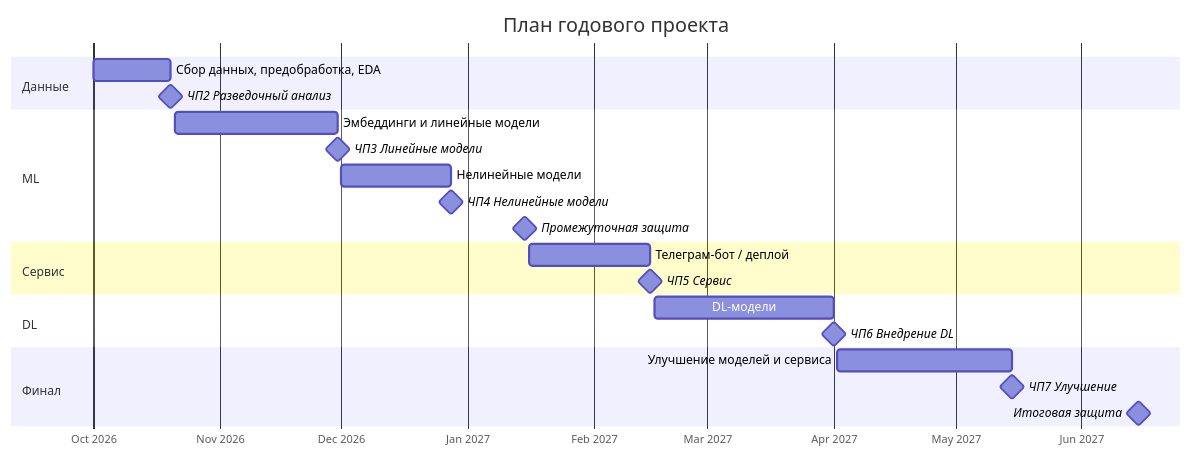
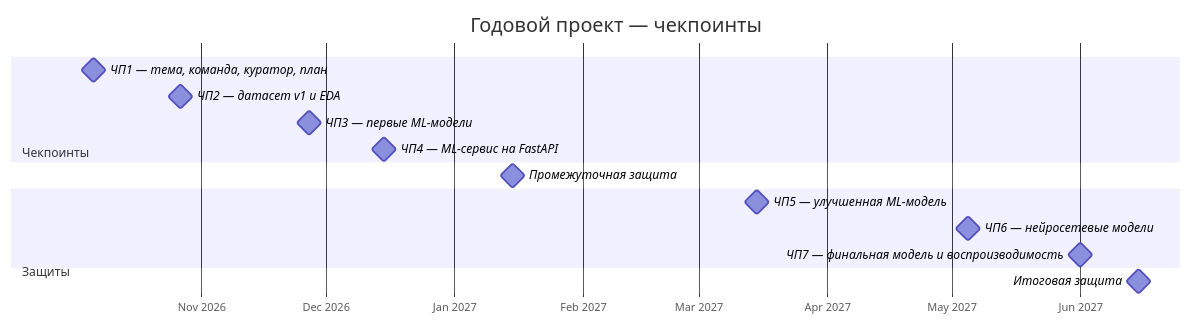
Before and after one commit to fffedosofff/ai_yearproject26-27_futuresprediction: the diagram in README.md, drawn with Mermaid. The commit also changed other lines of this file, not shown here.

First line of the commit message:
[add] отредактировал основной план работы согласованный с куратором.

````diff
--- a/README.md
+++ b/README.md
@@ -63,26 +81,23 @@
 ```mermaid
 gantt
-    title План годового проекта
+    title Годовой проект — чекпоинты
     dateFormat  YYYY-MM-DD
     axisFormat  %b %Y
 
-    section Данные
-    Сбор данных, предобработка, EDA   :a1, 2026-10-01, 2026-10-20
-    ЧП2 Разведочный анализ            :milestone, m2, 2026-10-20, 0d
-    section ML
-    Эмбеддинги и линейные модели      :b1, 2026-10-21, 2026-11-30
-    ЧП3 Линейные модели               :milestone, m3, 2026-11-30, 0d
-    Нелинейные модели                 :b2, 2026-12-01, 2026-12-28
-    ЧП4 Нелинейные модели             :milestone, m4, 2026-12-28, 0d
-    Промежуточная защита              :milestone, pd, 2027-01-15, 0d
-    section Сервис
-    Телеграм-бот / деплой             :c1, 2027-01-16, 2027-02-15
-    ЧП5 Сервис                        :milestone, m5, 2027-02-15, 0d
-    section DL
-    DL-модели                         :d1, 2027-02-16, 2027-04-01
-    ЧП6 Внедрение DL                  :milestone, m6, 2027-04-01, 0d
-    section Финал
-    Улучшение моделей и сервиса       :e1, 2027-04-02, 2027-05-15
-    ЧП7 Улучшение                     :milestone, m7, 2027-05-15, 0d
-    Итоговая защита                   :milestone, fd, 2027-06-15, 0d
+    section Чекпоинты
+    ЧП1 — тема, команда, куратор, план        :milestone, cp1, 2026-10-06, 0d
+    ЧП2 — датасет v1 и EDA                    :milestone, cp2, 2026-10-27, 0d
+    ЧП3 — первые ML-модели                    :milestone, cp3, 2026-11-27, 0d
+    ЧП4 — ML-сервис на FastAPI                :milestone, cp4, 2026-12-15, 0d
+
+    section Защиты
+    Промежуточная защита                      :milestone, mid_defense, 2027-01-15, 0d
+
+    section Чекпоинты
+    ЧП5 — улучшенная ML-модель                :milestone, cp5, 2027-03-15, 0d
+    ЧП6 — нейросетевые модели                 :milestone, cp6, 2027-05-05, 0d
+    ЧП7 — финальная модель и воспроизводимость :milestone, cp7, 2027-06-01, 0d
+
+    section Защиты
+    Итоговая защита                           :milestone, final_defense, 2027-06-15, 0d
 ```
````
